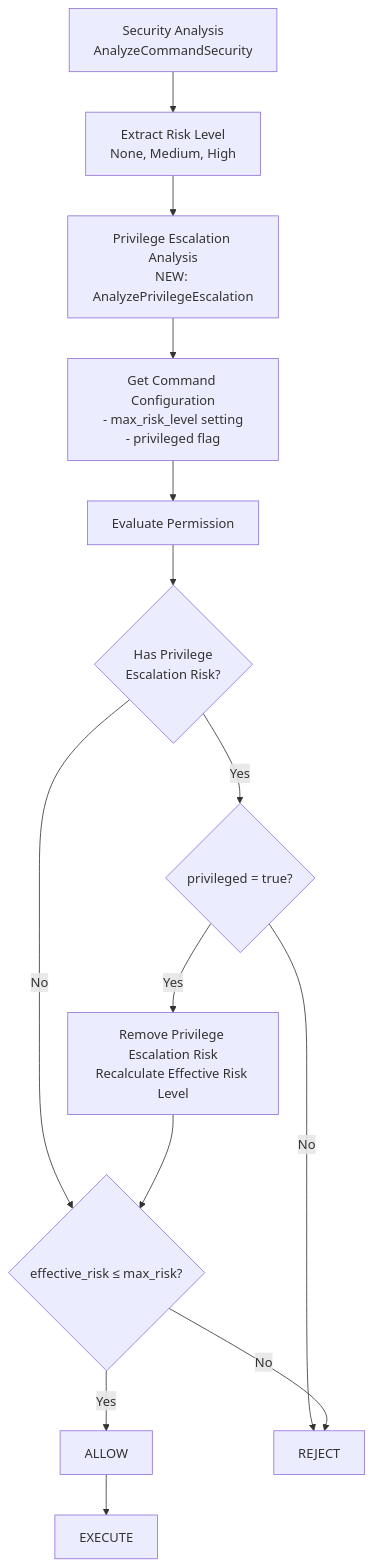
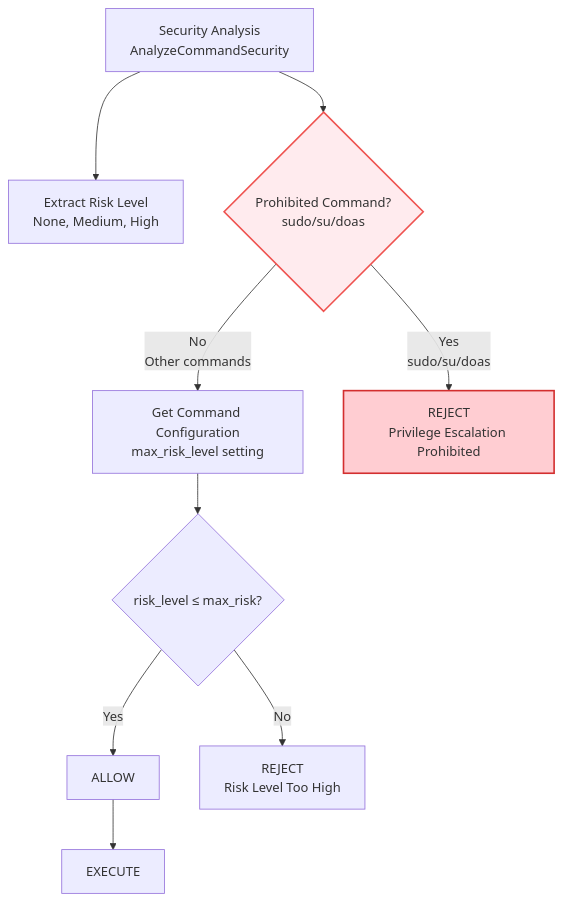
One commit to isseis/go-safe-cmd-runner changed the third of 5 diagrams in docs/tasks/0018_risk_based_command_control/02_architecture.md. Above: the diagram before and after it, drawn with Mermaid. The commit also changed other lines of this file and 5 other files, not shown here.

````diff
--- a/docs/tasks/0018_risk_based_command_control/02_architecture.md
+++ b/docs/tasks/0018_risk_based_command_control/02_architecture.md
@@ -111,29 +111,24 @@
 ```mermaid
 flowchart TD
     SecurityAnalysis[Security Analysis<br/>AnalyzeCommandSecurity]
     ExtractRisk[Extract Risk Level<br/>None, Medium, High]
-    PrivilegeAnalysis[Privilege Escalation Analysis<br/>NEW: AnalyzePrivilegeEscalation]
-    GetConfig[Get Command Configuration<br/>- max_risk_level setting<br/>- privileged flag]
-    EvaluatePermission[Evaluate Permission]
-    HasPrivilegeRisk{Has Privilege<br/>Escalation Risk?}
-    PrivilegedCheck{privileged = true?}
-    RemovePrivilegeRisk[Remove Privilege Escalation Risk<br/>Recalculate Effective Risk Level]
-    RiskCheck{effective_risk ≤ max_risk?}
+    CheckProhibited{Prohibited Command?<br/>sudo/su/doas}
+    GetConfig[Get Command Configuration<br/>max_risk_level setting]
+    RiskCheck{risk_level ≤ max_risk?}
     Allow[ALLOW]
-    Reject[REJECT]
+    RejectProhibited[REJECT<br/>Privilege Escalation Prohibited]
+    RejectRisk[REJECT<br/>Risk Level Too High]
     Execute[EXECUTE]
 
     SecurityAnalysis --> ExtractRisk
-    ExtractRisk --> PrivilegeAnalysis
-    PrivilegeAnalysis --> GetConfig
-    GetConfig --> EvaluatePermission
-    EvaluatePermission --> HasPrivilegeRisk
-    HasPrivilegeRisk -->|Yes| PrivilegedCheck
-    HasPrivilegeRisk -->|No| RiskCheck
-    PrivilegedCheck -->|Yes| RemovePrivilegeRisk
-    PrivilegedCheck -->|No| Reject
-    RemovePrivilegeRisk --> RiskCheck
+    SecurityAnalysis --> CheckProhibited
+    CheckProhibited -->|Yes<br/>sudo/su/doas| RejectProhibited
+    CheckProhibited -->|No<br/>Other commands| GetConfig
+    GetConfig --> RiskCheck
     RiskCheck -->|Yes| Allow
-    RiskCheck -->|No| Reject
+    RiskCheck -->|No| RejectRisk
     Allow --> Execute
+
+    style CheckProhibited fill:#ffebee,stroke:#ef5350,stroke-width:2px
+    style RejectProhibited fill:#ffcdd2,stroke:#d32f2f,stroke-width:2px
 ```
````
